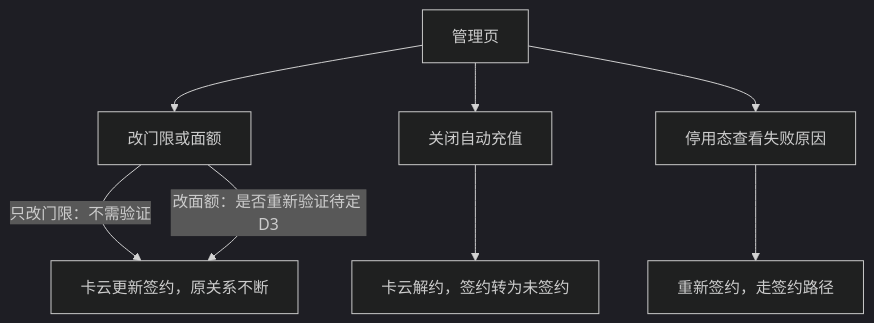
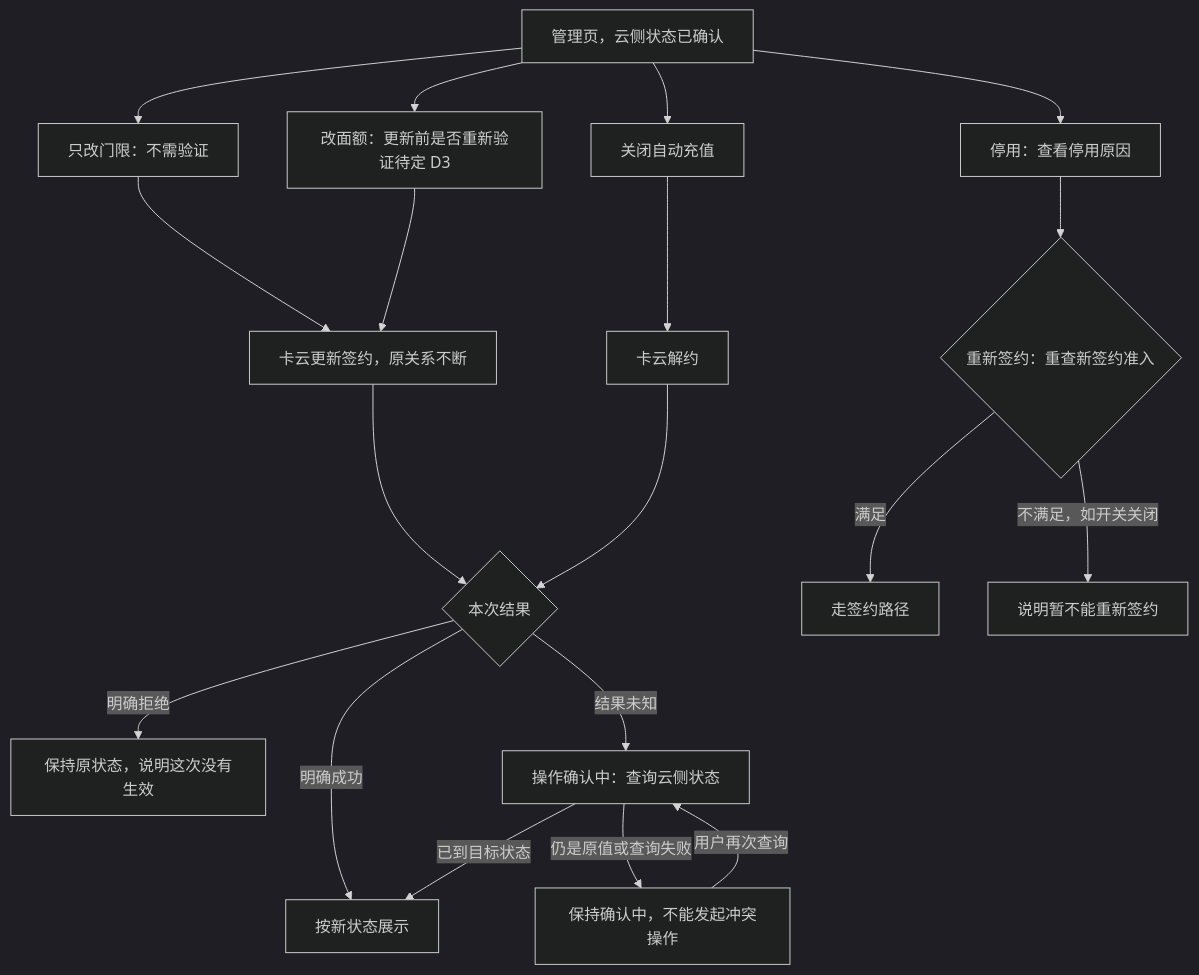
One commit to sqsqsq/SimulatedWalletForHmos changed the second of 3 diagrams in doc/plan/1.9.9/金样候选/auto-topup/spec/spec.md. Above: the diagram before and after it, drawn with Mermaid (dark theme). The commit also changed other lines of this file and 20 other files, not shown here.

````diff
--- a/doc/plan/1.9.9/金样候选/auto-topup/spec/spec.md
+++ b/doc/plan/1.9.9/金样候选/auto-topup/spec/spec.md
@@ -233,10 +257,21 @@
 ```mermaid
 flowchart TD
-  M[管理页] --> N[改门限或面额]
+  M[管理页，云侧状态已确认] --> N1[只改门限：不需验证]
+  M --> N2[改面额：更新前是否重新验证待定 D3]
   M --> O[关闭自动充值]
-  M --> P[停用态查看失败原因]
-  N -->|只改门限：不需验证| Q[卡云更新签约，原关系不断]
-  N -->|改面额：是否重新验证待定 D3| Q
-  O --> R[卡云解约，签约转为未签约]
-  P --> S[重新签约，走签约路径]
+  M --> P[停用：查看停用原因]
+  N1 --> UP[卡云更新签约，原关系不断]
+  N2 --> UP
+  O --> CC[卡云解约]
+  UP --> RS{本次结果}
+  CC --> RS
+  RS -->|明确成功| OK[按新状态展示]
+  RS -->|明确拒绝| NO[保持原状态，说明这次没有生效]
+  RS -->|结果未知| PD[操作确认中：查询云侧状态]
+  PD -->|已到目标状态| OK
+  PD -->|仍是原值或查询失败| WT[保持确认中，不能发起冲突操作]
+  WT -->|用户再次查询| PD
+  P --> RE{重新签约：重查新签约准入}
+  RE -->|满足| SG[走签约路径]
+  RE -->|不满足，如开关关闭| NA[说明暂不能重新签约]
 ```
````
